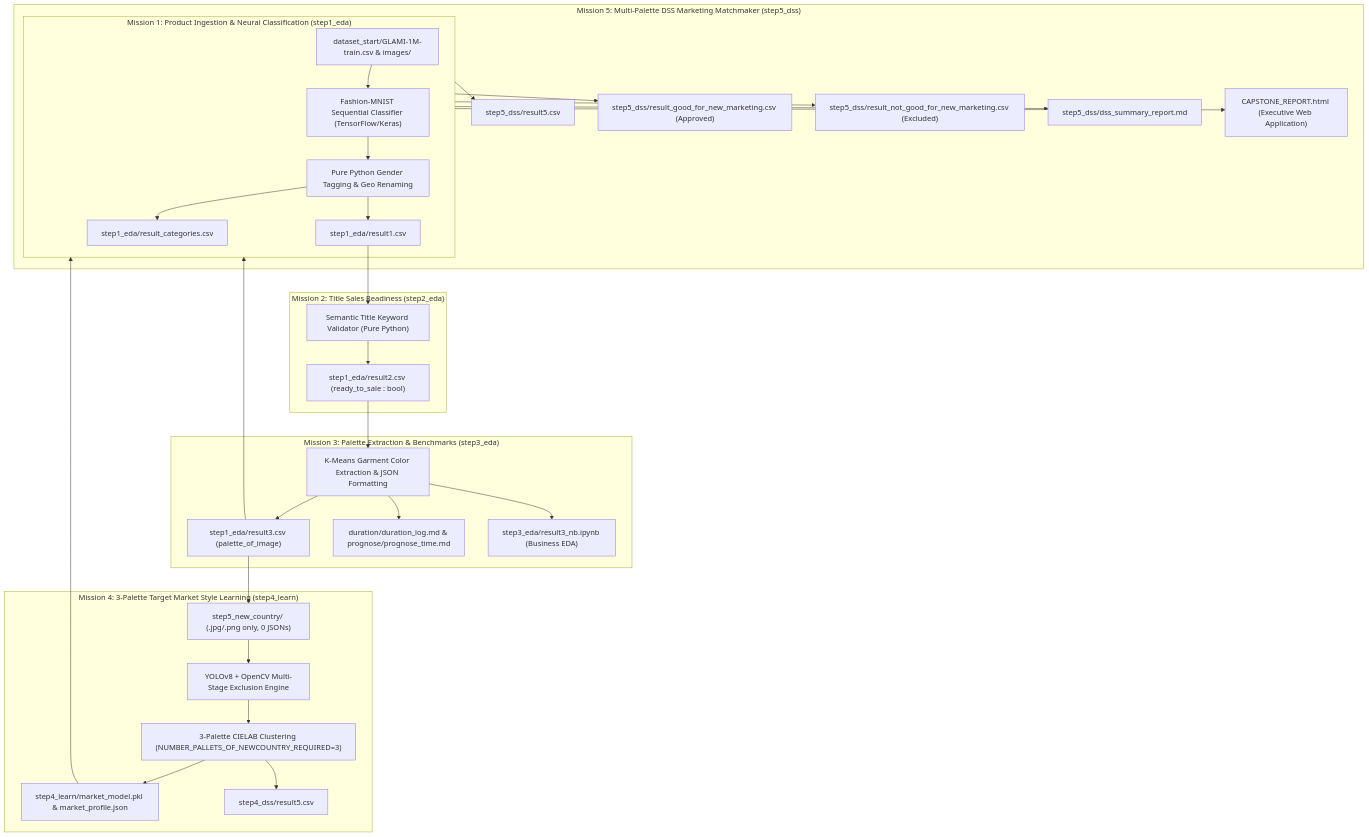
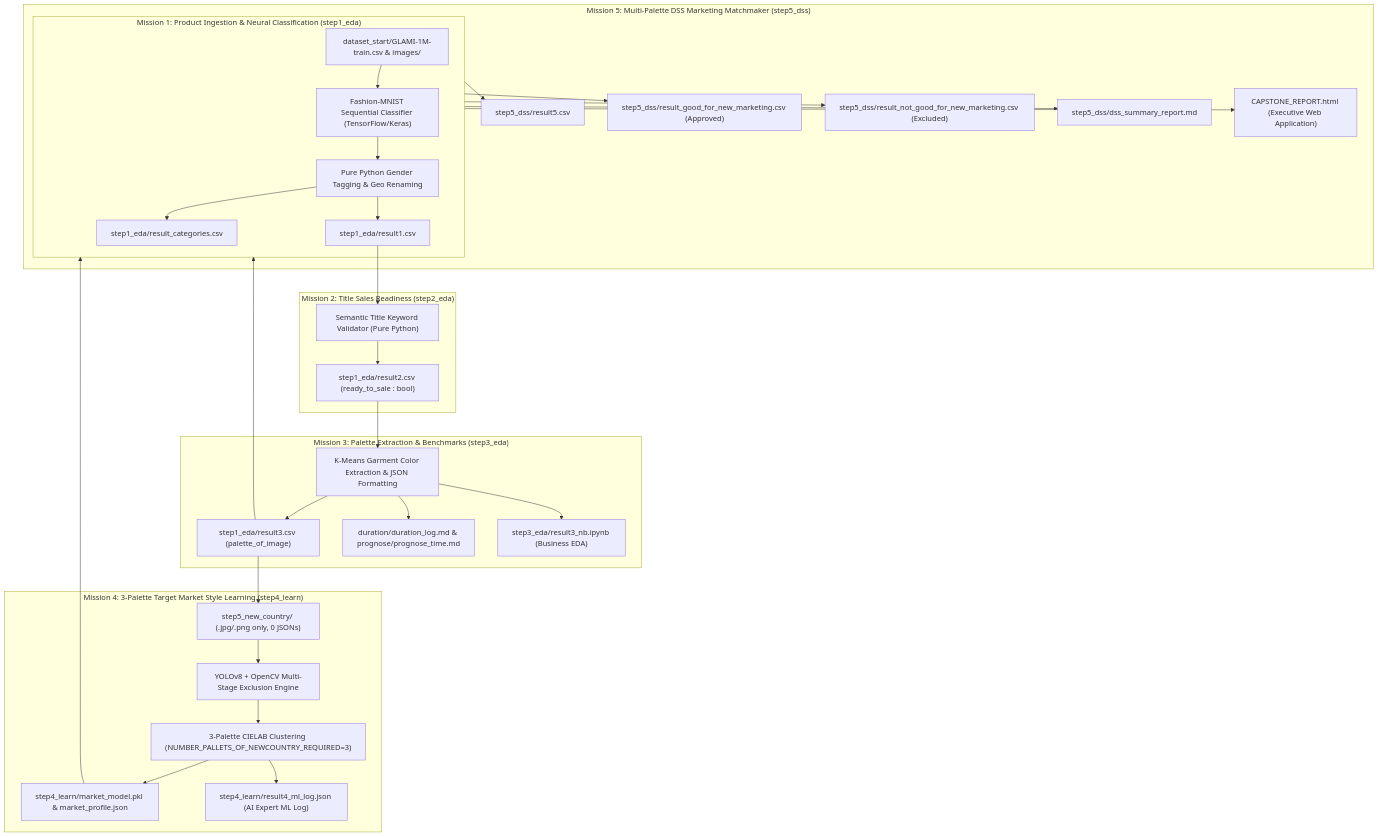
Before and after one commit to fotomain/CV26-INTERNET-SHOP-EXPERTISE: the diagram in HOW_IT_WORKS.md, drawn with Mermaid. The commit also changed other lines of this file and 30 other files, not shown here.

````diff
--- a/HOW_IT_WORKS.md
+++ b/HOW_IT_WORKS.md
@@ -30,38 +30,38 @@
 ```mermaid
 flowchart TD
     subgraph M1 ["Mission 1: Product Ingestion & Neural Classification (step1_eda)"]
         A1["dataset_start/GLAMI-1M-train.csv & images/"] --> B1["Fashion-MNIST Sequential Classifier (TensorFlow/Keras)"]
         B1 --> C1["Pure Python Gender Tagging & Geo Renaming"]
         C1 --> D1["step1_eda/result1.csv"]
         C1 --> D2["step1_eda/result_categories.csv"]
     end
 
     subgraph M2 ["Mission 2: Title Sales Readiness (step2_eda)"]
         D1 --> E1["Semantic Title Keyword Validator (Pure Python)"]
         E1 --> F1["step1_eda/result2.csv (ready_to_sale : bool)"]
     end
 
     subgraph M3 ["Mission 3: Palette Extraction & Benchmarks (step3_eda)"]
         F1 --> G1["K-Means Garment Color Extraction & JSON Formatting"]
         G1 --> H1["step1_eda/result3.csv (palette_of_image)"]
         G1 --> H2["duration/duration_log.md & prognose/prognose_time.md"]
         G1 --> H3["step3_eda/result3_nb.ipynb (Business EDA)"]
     end
 
     subgraph M4 ["Mission 4: 3-Palette Target Market Style Learning (step4_learn)"]
         H1 --> I1["step5_new_country/ (.jpg/.png only, 0 JSONs)"]
         I1 --> J1["YOLOv8 + OpenCV Multi-Stage Exclusion Engine"]
         J1 --> K1["3-Palette CIELAB Clustering (NUMBER_PALLETS_OF_NEWCOUNTRY_REQUIRED=3)"]
         K1 --> L1["step4_learn/market_model.pkl & market_profile.json"]
-        K1 --> L2["step4_dss/result5.csv"]
+        K1 --> L2["step4_learn/result4_ml_log.json (AI Expert ML Log)"]
     end
 
     subgraph M5 ["Mission 5: Multi-Palette DSS Marketing Matchmaker (step5_dss)"]
         H1 & L1 --> M1["DSS Decision Engine (Multi-Palette Perceptual Matching)"]
         M1 --> N1["step5_dss/result5.csv"]
         M1 --> N2["step5_dss/result_good_for_new_marketing.csv (Approved)"]
         M1 --> N3["step5_dss/result_not_good_for_new_marketing.csv (Excluded)"]
         M1 --> N4["step5_dss/dss_summary_report.md"]
         M1 --> N5["CAPSTONE_REPORT.html (Executive Web Application)"]
     end
 ```
````
